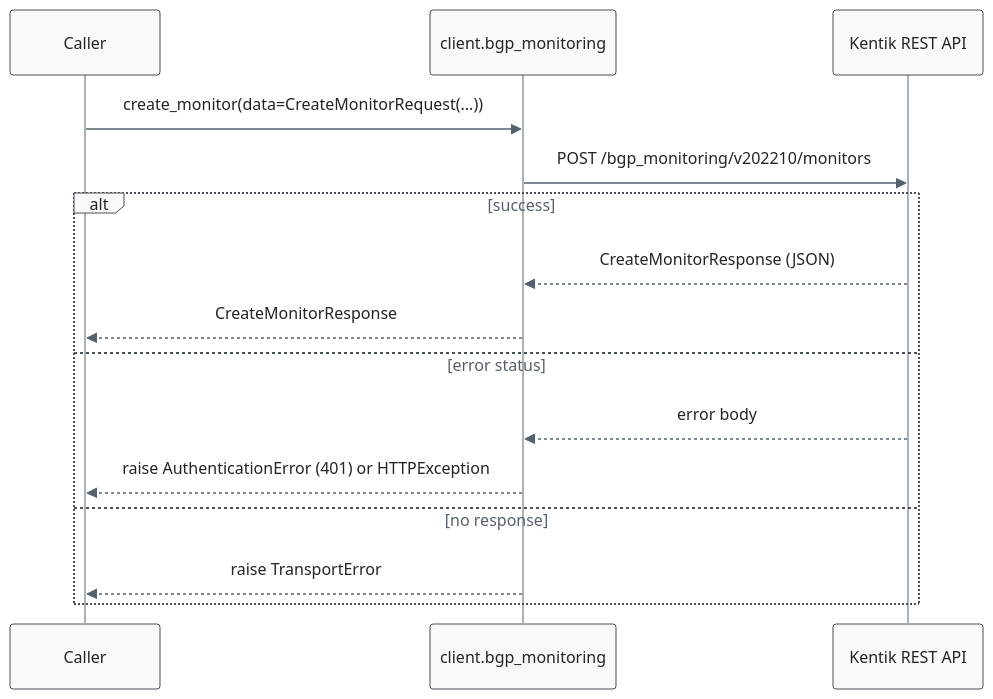
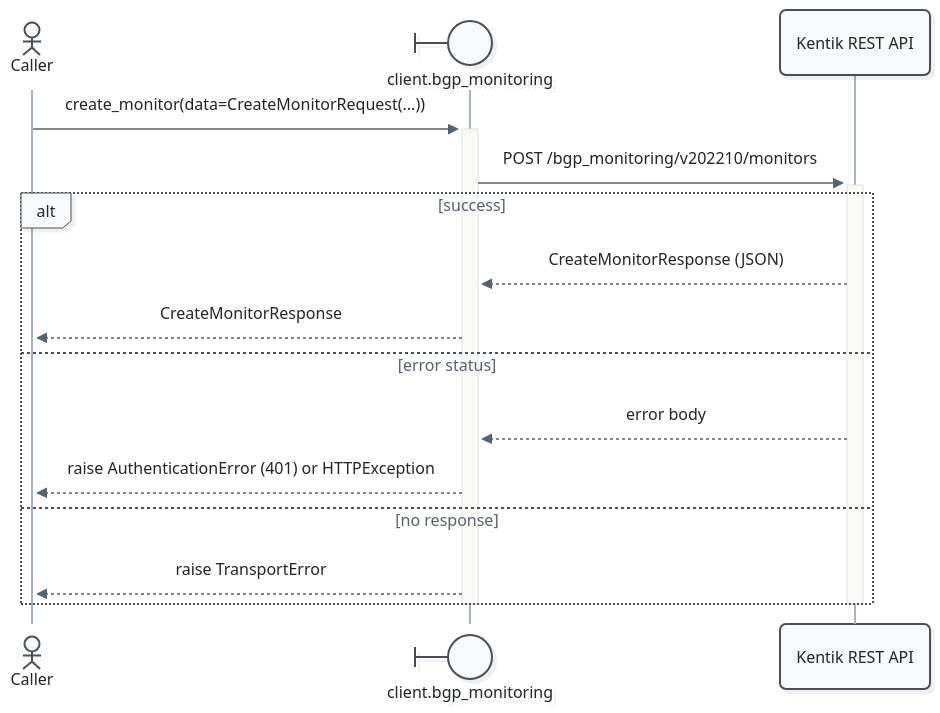
One commit to alexdearaujo/community_sdk_python changed the seventh of 17 diagrams in docs/sphinx/services/bgp_monitoring.md. Above: the diagram before and after it, drawn with Mermaid. The commit also changed other lines of this file and 52 other files, not shown here.

First line of the commit message:
docs: Mermaid 12 sequence diagrams with participant types and path colors

````diff
--- a/docs/sphinx/services/bgp_monitoring.md
+++ b/docs/sphinx/services/bgp_monitoring.md
@@ -263,19 +278,21 @@
 ```mermaid
-%%{init: {"theme": "base", "fontFamily": "ui-monospace, SFMono-Regular, Menlo, monospace", "themeVariables": {"fontFamily": "ui-monospace, SFMono-Regular, Menlo, monospace", "primaryColor": "#f8f9fa", "primaryBorderColor": "#495057", "primaryTextColor": "#212529", "textColor": "#212529", "lineColor": "#77818c", "edgeLabelBackground": "#ffffff", "actorBkg": "#f8f9fa", "actorBorder": "#495057", "actorTextColor": "#212529", "actorLineColor": "#a9b3be", "signalColor": "#57616d", "signalTextColor": "#212529", "labelBoxBkgColor": "#f8f9fa", "labelBoxBorderColor": "#495057", "labelTextColor": "#212529", "loopTextColor": "#57616d", "noteBkgColor": "#fff9db", "noteBorderColor": "#f08c00", "noteTextColor": "#a35a00"}, "flowchart": {"curve": "step", "nodeSpacing": 30, "rankSpacing": 70, "wrappingWidth": 400}}}%%
+%%{init: {"theme": "redux", "look": "neo", "layout": "dagre", "fontFamily": "ui-monospace, SFMono-Regular, Menlo, monospace", "themeVariables": {"fontFamily": "ui-monospace, SFMono-Regular, Menlo, monospace", "primaryColor": "#f8f9fa", "primaryBorderColor": "#495057", "primaryTextColor": "#212529", "textColor": "#212529", "lineColor": "#77818c", "edgeLabelBackground": "#ffffff", "actorBkg": "#f8f9fa", "actorBorder": "#495057", "actorTextColor": "#212529", "actorLineColor": "#a9b3be", "signalColor": "#57616d", "signalTextColor": "#212529", "labelBoxBkgColor": "#f8f9fa", "labelBoxBorderColor": "#495057", "labelTextColor": "#212529", "loopTextColor": "#57616d", "noteBkgColor": "#fff9db", "noteBorderColor": "#f08c00", "noteTextColor": "#a35a00"}, "sequence": {"activationWidth": 16}, "flowchart": {"curve": "step", "nodeSpacing": 30, "rankSpacing": 70, "wrappingWidth": 400}}}%%
 sequenceDiagram
-    participant C as Caller
-    participant W as client.bgp_monitoring
+    actor C as Caller
+    participant W@{ "type": "boundary" } as client.bgp_monitoring
     participant API as Kentik REST API
 
-    C->>W: create_monitor(data=CreateMonitorRequest(...))
-    W->>API: POST /bgp_monitoring/v202210/monitors
+    C->>+W: create_monitor(data=CreateMonitorRequest(...))
+    W->>+API: POST /bgp_monitoring/v202210/monitors
     alt success
         API-->>W: CreateMonitorResponse (JSON)
         W-->>C: CreateMonitorResponse
     else error status
         API-->>W: error body
         W-->>C: raise AuthenticationError (401) or HTTPException
     else no response
         W-->>C: raise TransportError
     end
+    deactivate API
+    deactivate W
 ```
````
